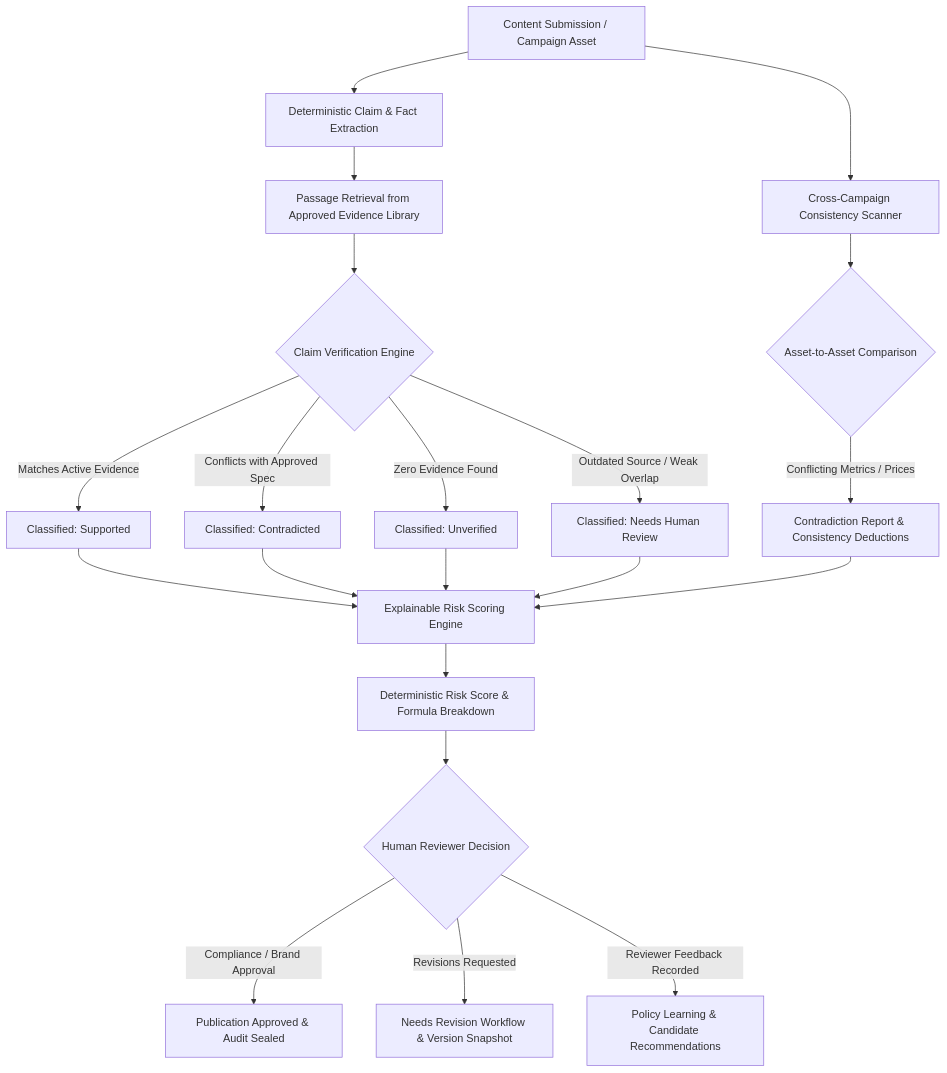
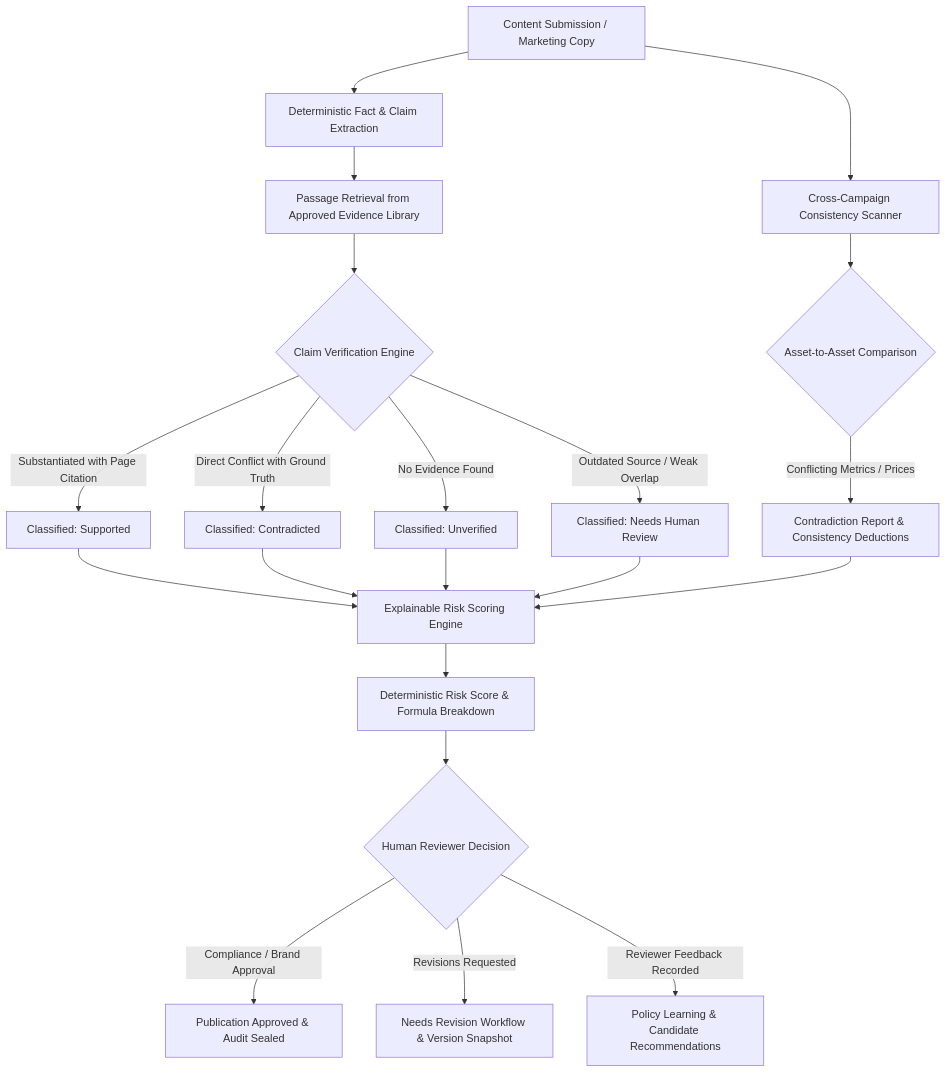
One commit to prateek9126/Inkloom-Guardian changed the first of 2 diagrams in README.md. Above: the diagram before and after it, drawn with Mermaid. The commit also changed other lines of this file and 72 other files, not shown here.

````diff
--- a/README.md
+++ b/README.md
@@ -112,21 +118,22 @@
 ```mermaid
 flowchart TD
-    A[Content Submission / Campaign Asset] --> B[Deterministic Claim & Fact Extraction]
+    A[Content Submission / Marketing Copy] --> B[Deterministic Fact & Claim Extraction]
     B --> C[Passage Retrieval from Approved Evidence Library]
+    
     C --> D{Claim Verification Engine}
-    D -->|Matches Active Evidence| E[Classified: Supported]
-    D -->|Conflicts with Approved Spec| F[Classified: Contradicted]
-    D -->|Zero Evidence Found| G[Classified: Unverified]
+    D -->|Substantiated with Page Citation| E[Classified: Supported]
+    D -->|Direct Conflict with Ground Truth| F[Classified: Contradicted]
+    D -->|No Evidence Found| G[Classified: Unverified]
     D -->|Outdated Source / Weak Overlap| H[Classified: Needs Human Review]
     
     A --> I[Cross-Campaign Consistency Scanner]
     I --> J{Asset-to-Asset Comparison}
     J -->|Conflicting Metrics / Prices| K[Contradiction Report & Consistency Deductions]
     
     E & F & G & H & K --> L[Explainable Risk Scoring Engine]
     L --> M[Deterministic Risk Score & Formula Breakdown]
     M --> N{Human Reviewer Decision}
     N -->|Compliance / Brand Approval| O[Publication Approved & Audit Sealed]
     N -->|Revisions Requested| P[Needs Revision Workflow & Version Snapshot]
     N -->|Reviewer Feedback Recorded| Q[Policy Learning & Candidate Recommendations]
 ```
````
